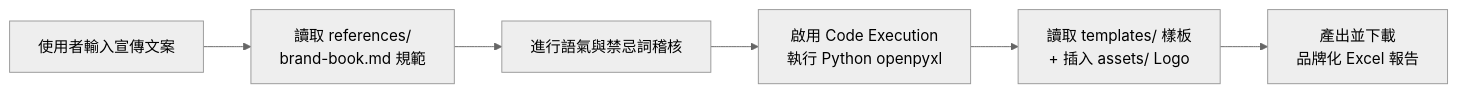
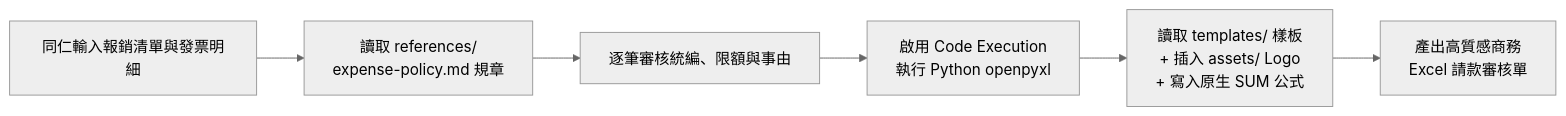
One commit to roberthsu2003/workflow-productivity changed the diagram in Claude_ai/Skills/Examples/Level3_Expense_Auditor/README.md. Above: the diagram before and after it, drawn with Mermaid (neutral theme). The commit also changed other lines of this file and 6 other files, not shown here.

````diff
--- a/Claude_ai/Skills/Examples/Level3_Expense_Auditor/README.md
+++ b/Claude_ai/Skills/Examples/Level3_Expense_Auditor/README.md
@@ -11,8 +11,8 @@
 ```mermaid
 flowchart LR
-    A[使用者輸入宣傳文案] --> B[讀取 references/<br>brand-book.md 規範]
-    B --> C[進行語氣與禁忌詞稽核]
+    A[同仁輸入報銷清單與發票明細] --> B[讀取 references/<br>expense-policy.md 規章]
+    B --> C[逐筆審核統編、限額與事由]
     C --> D[啟用 Code Execution<br>執行 Python openpyxl]
-    D --> E[讀取 templates/ 樣板<br>+ 插入 assets/ Logo]
-    E --> F[產出並下載<br>品牌化 Excel 報告]
+    D --> E[讀取 templates/ 樣板<br>+ 插入 assets/ Logo<br>+ 寫入原生 SUM 公式]
+    E --> F[產出高質感商務<br>Excel 請款審核單]
 ```
````
